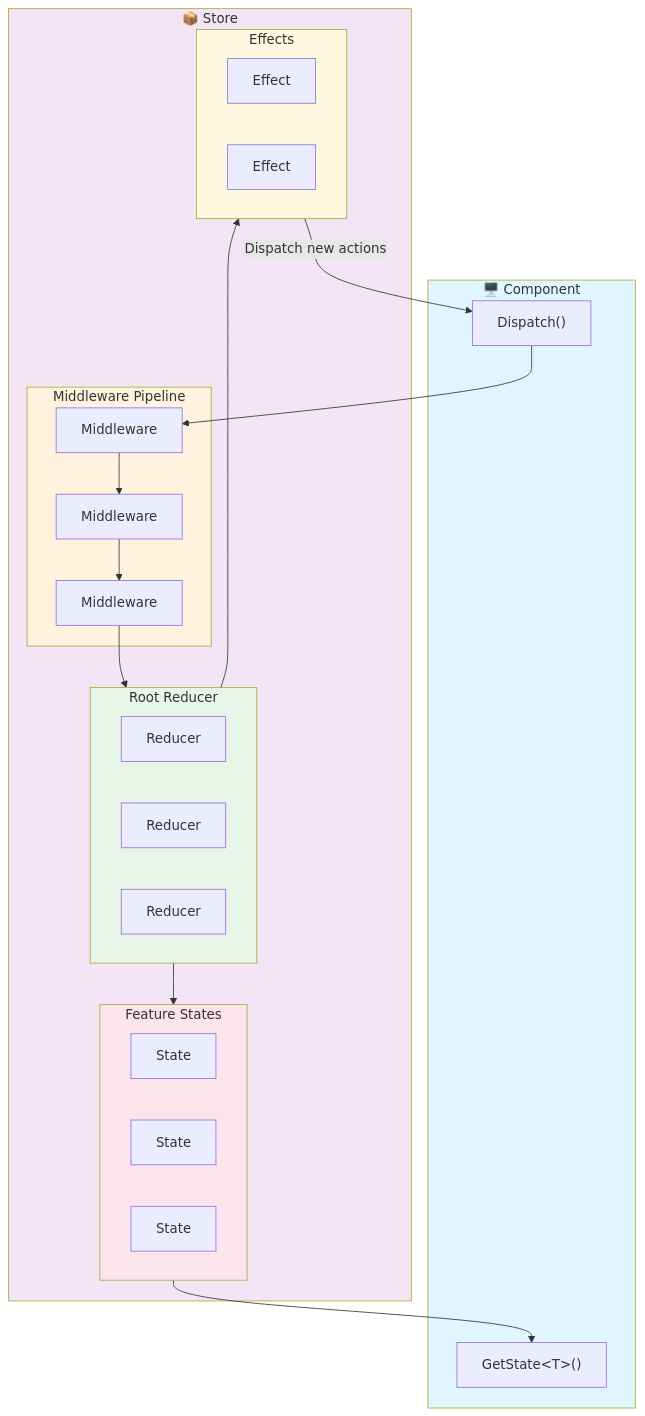
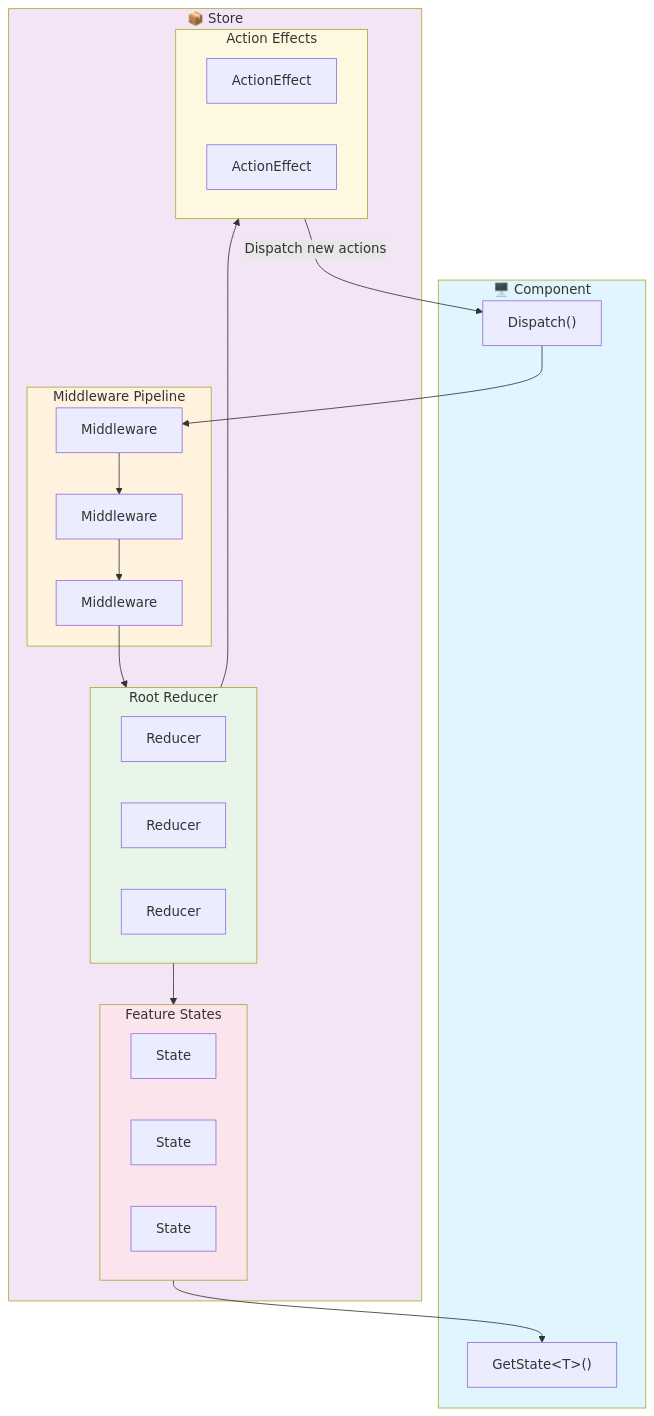
The diagram in docs/Docusaurus/docs/reservoir/index.md (Gibbs-Morris/mississippi), drawn with Mermaid before and after one commit. The commit also changed other lines of this file and 58 other files, not shown here.

First line of the commit message:
refactor: rename IEffect to IActionEffect and AddEffect to AddActionEffect

````diff
--- a/docs/Docusaurus/docs/reservoir/index.md
+++ b/docs/Docusaurus/docs/reservoir/index.md
@@ -26,44 +26,44 @@
 ```mermaid
 flowchart TB
     subgraph Component["🖥️ Component"]
         Dispatch["Dispatch()"]
         GetState["GetState&lt;T&gt;()"]
     end
 
     subgraph Store["📦 Store"]
         subgraph Middleware["Middleware Pipeline"]
             M1["Middleware"] --> M2["Middleware"] --> M3["Middleware"]
         end
         
         subgraph RootReducer["Root Reducer"]
             R1["Reducer"]
             R2["Reducer"]
             R3["Reducer"]
         end
         
         subgraph FeatureStates["Feature States"]
             S1["State"]
             S2["State"]
             S3["State"]
         end
         
-        subgraph Effects["Effects"]
-            E1["Effect"]
-            E2["Effect"]
+        subgraph ActionEffects["Action Effects"]
+            E1["ActionEffect"]
+            E2["ActionEffect"]
         end
     end
 
     Dispatch --> M1
     M3 --> RootReducer
     RootReducer --> FeatureStates
     FeatureStates --> GetState
-    RootReducer --> Effects
-    Effects -->|"Dispatch new actions"| Dispatch
+    RootReducer --> ActionEffects
+    ActionEffects -->|"Dispatch new actions"| Dispatch
 
     style Component fill:#e1f5fe
     style Store fill:#f3e5f5
     style Middleware fill:#fff3e0
     style RootReducer fill:#e8f5e9
     style FeatureStates fill:#fce4ec
-    style Effects fill:#fff8e1
+    style ActionEffects fill:#fff8e1
 ```
````
